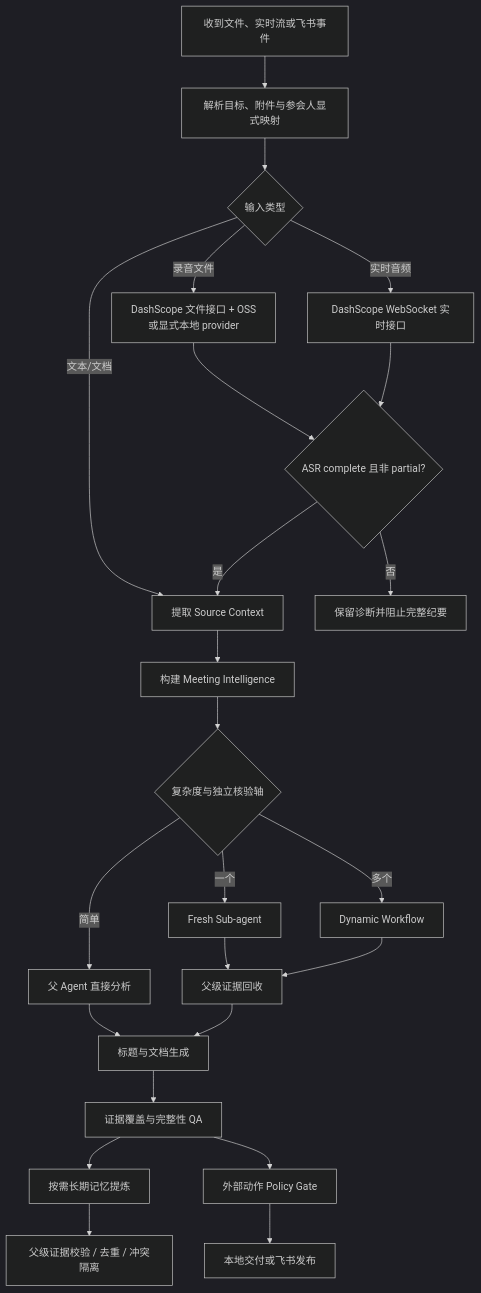
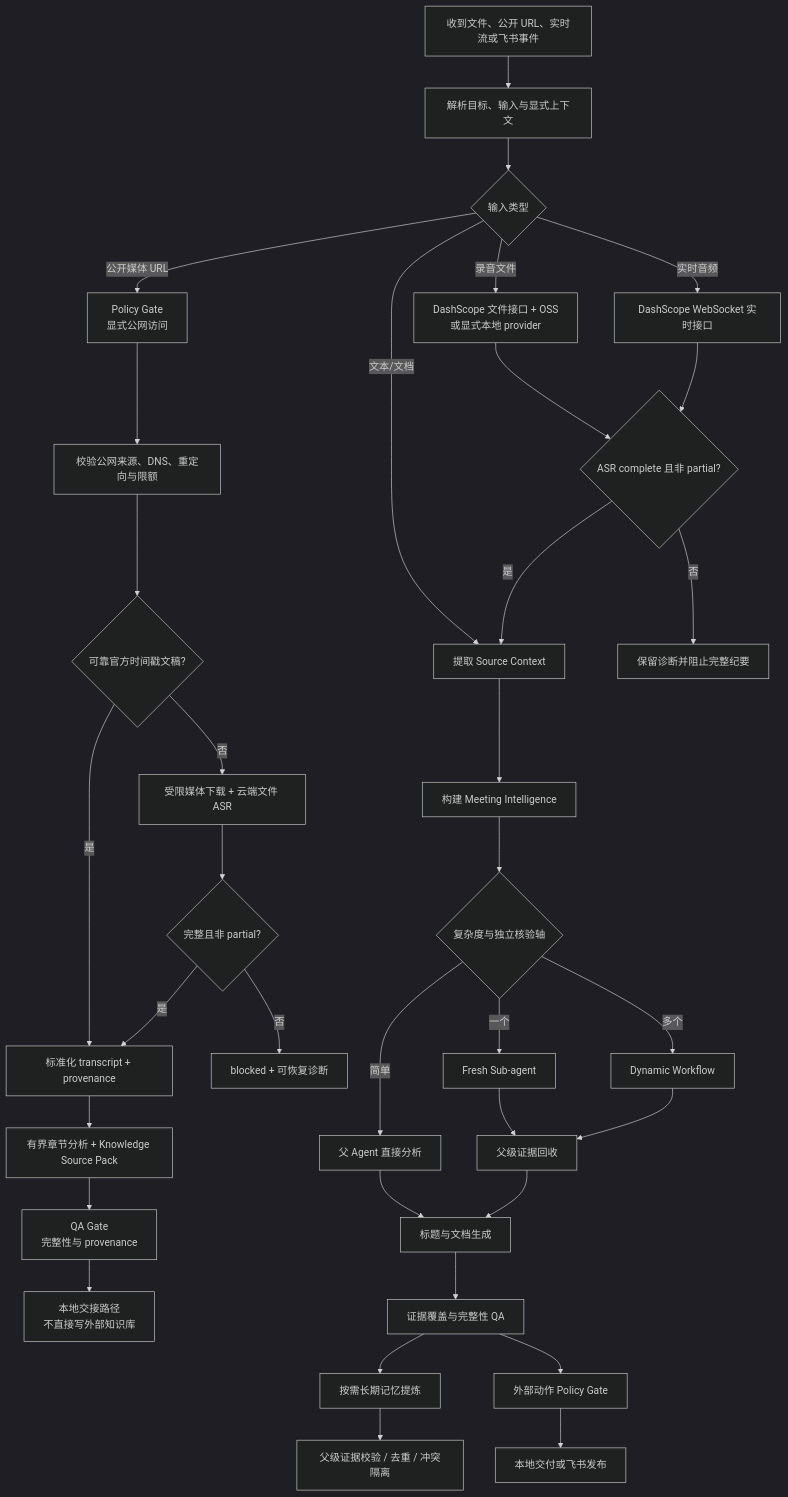
Before and after one commit to DESONGs/assignment-agent: the fourth of 9 diagrams in wiki/02-agent-architecture.md, drawn with Mermaid (dark theme). The commit also changed other lines of this file and 52 other files, not shown here.

Commit message:
feat: add adaptive execution and public URL source packs

````diff
--- a/wiki/02-agent-architecture.md
+++ b/wiki/02-agent-architecture.md
@@ -118,26 +121,37 @@
 ```mermaid
 flowchart TD
-    Start["收到文件、实时流或飞书事件"] --> Parse["解析目标、附件与参会人显式映射"]
+    Start["收到文件、公开 URL、实时流或飞书事件"] --> Parse["解析目标、输入与显式上下文"]
     Parse --> Kind{"输入类型"}
     Kind -->|录音文件| FileASR["DashScope 文件接口 + OSS\n或显式本地 provider"]
     Kind -->|实时音频| StreamASR["DashScope WebSocket 实时接口"]
     Kind -->|文本/文档| Evidence["提取 Source Context"]
+    Kind -->|公开媒体 URL| URLPolicy["Policy Gate\n显式公网访问"]
+    URLPolicy --> URL["校验公网来源、DNS、重定向与限额"]
+    URL --> Transcript{"可靠官方时间戳文稿?"}
+    Transcript -->|是| SourceEvidence["标准化 transcript + provenance"]
+    Transcript -->|否| URLASR["受限媒体下载 + 云端文件 ASR"]
+    URLASR --> URLComplete{"完整且非 partial?"}
+    URLComplete -->|否| URLBlock["blocked + 可恢复诊断"]
+    URLComplete -->|是| SourceEvidence
+    SourceEvidence --> SourcePack["有界章节分析 + Knowledge Source Pack"]
+    SourcePack --> SourceQA["QA Gate\n完整性与 provenance"]
+    SourceQA --> Handoff["本地交接路径\n不直接写外部知识库"]
     FileASR --> Complete{"ASR complete 且非 partial?"}
     StreamASR --> Complete
     Complete -->|否| Block["保留诊断并阻止完整纪要"]
     Complete -->|是| Evidence
     Evidence --> MI["构建 Meeting Intelligence"]
     MI --> Delegate{"复杂度与独立核验轴"}
     Delegate -->|简单| Direct["父 Agent 直接分析"]
     Delegate -->|一个| One["Fresh Sub-agent"]
     Delegate -->|多个| Many["Dynamic Workflow"]
     One --> Reconcile["父级证据回收"]
     Many --> Reconcile
     Direct --> Draft["标题与文档生成"]
     Reconcile --> Draft
     Draft --> QA["证据覆盖与完整性 QA"]
     QA --> Curator["按需长期记忆提炼"]
     Curator --> ParentMemory["父级证据校验 / 去重 / 冲突隔离"]
     QA --> Policy["外部动作 Policy Gate"]
     Policy --> Deliver["本地交付或飞书发布"]
 ```
````
